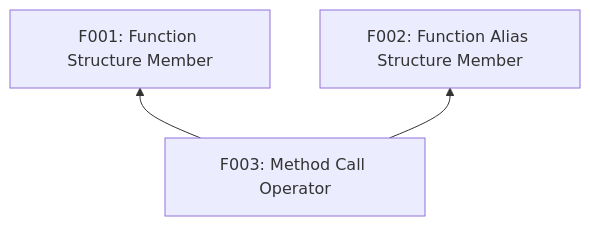
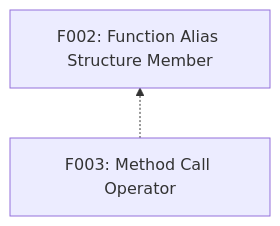
One commit to cx-prog-lang/.github changed the diagram in features/method_call.md. Above: the diagram before and after it, drawn with Mermaid.

````diff
--- a/features/method_call.md
+++ b/features/method_call.md
@@ -111,8 +111,6 @@
 ```mermaid
 graph BT;
   f003["F003: Method Call Operator"]
-  f001["F001: Function Structure Member"]
   f002["F002: Function Alias Structure Member"]
-  f003 --> f001
-  f003 --> f002
+  f003 -.-> f002
 ```
````
